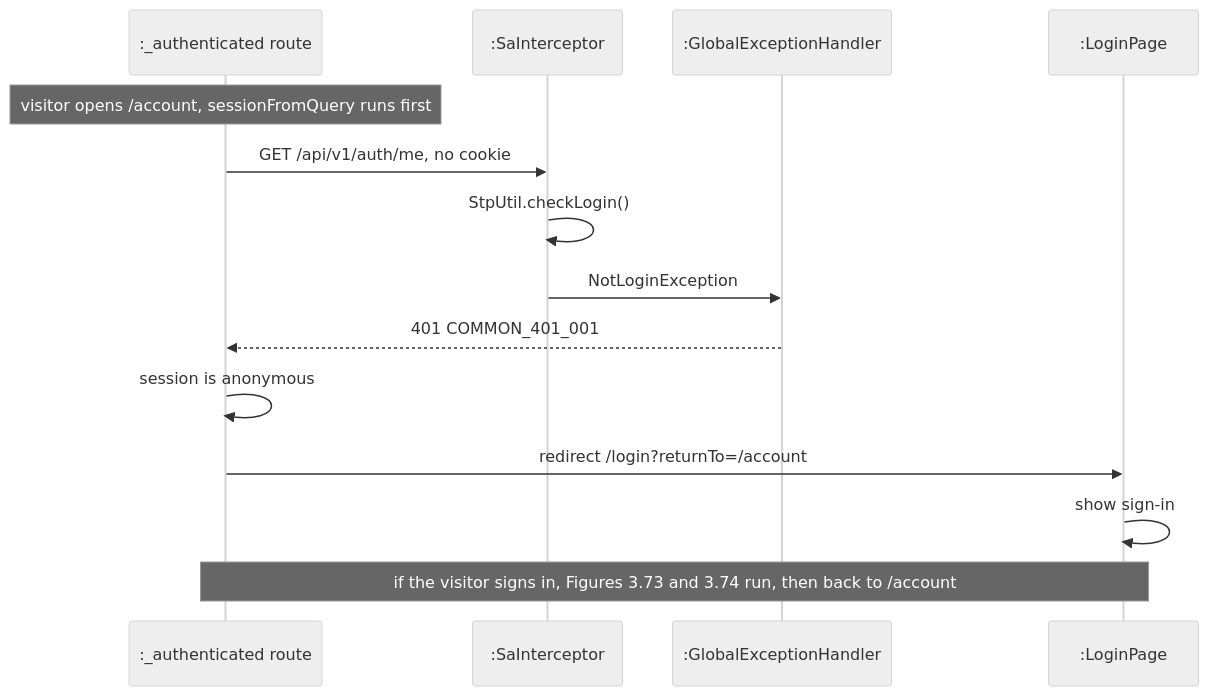
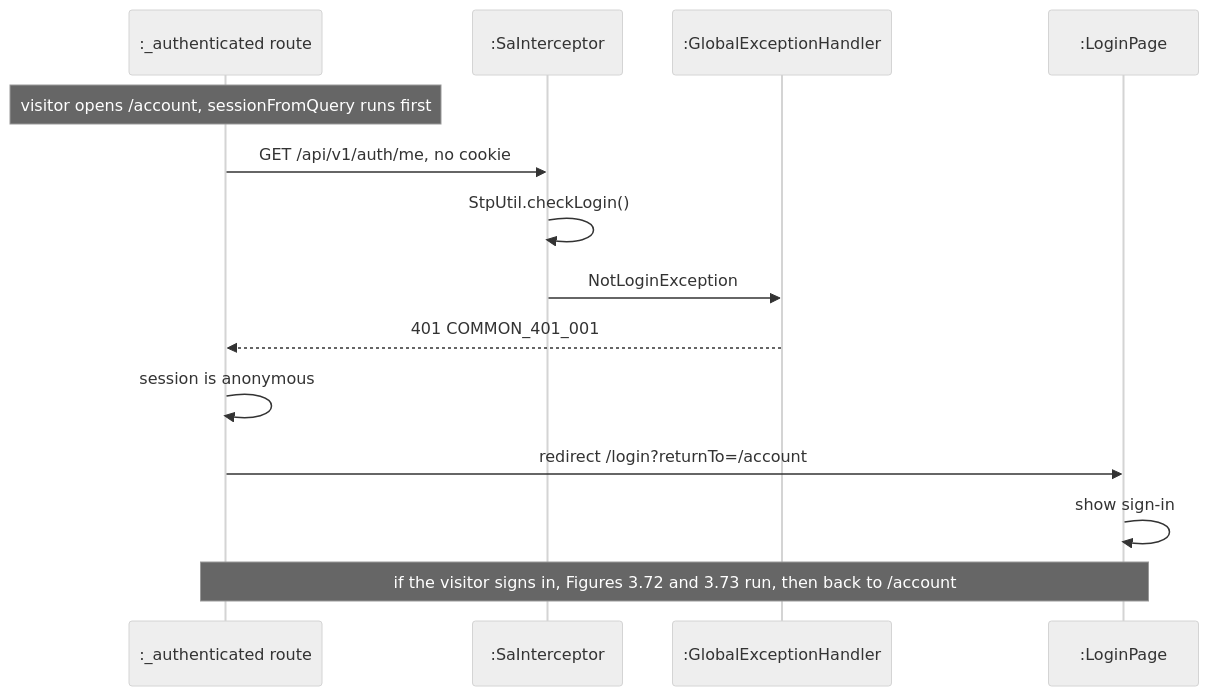
Diagram 18 of 18 in docs/swe5006/report/sections/03-4-3-pan.md (PPsyrius/iss-groupbuy-team8), drawn with Mermaid (neutral theme) before and after one commit. The commit also changed other lines of this file and 12 other files, not shown here.

````diff
--- a/docs/swe5006/report/sections/03-4-3-pan.md
+++ b/docs/swe5006/report/sections/03-4-3-pan.md
@@ -724,16 +724,16 @@
 ```mermaid
 sequenceDiagram
     participant G as :_authenticated route
     participant SI as :SaInterceptor
     participant EH as :GlobalExceptionHandler
     participant LP as :LoginPage
     Note over G: visitor opens /account, sessionFromQuery runs first
     G->>SI: GET /api/v1/auth/me, no cookie
     SI->>SI: StpUtil.checkLogin()
     SI->>EH: NotLoginException
     EH-->>G: 401 COMMON_401_001
     G->>G: session is anonymous
     G->>LP: redirect /login?returnTo=/account
     LP->>LP: show sign-in
-    Note over G,LP: if the visitor signs in, Figures 3.73 and 3.74 run, then back to /account
+    Note over G,LP: if the visitor signs in, Figures 3.72 and 3.73 run, then back to /account
 ```
````
